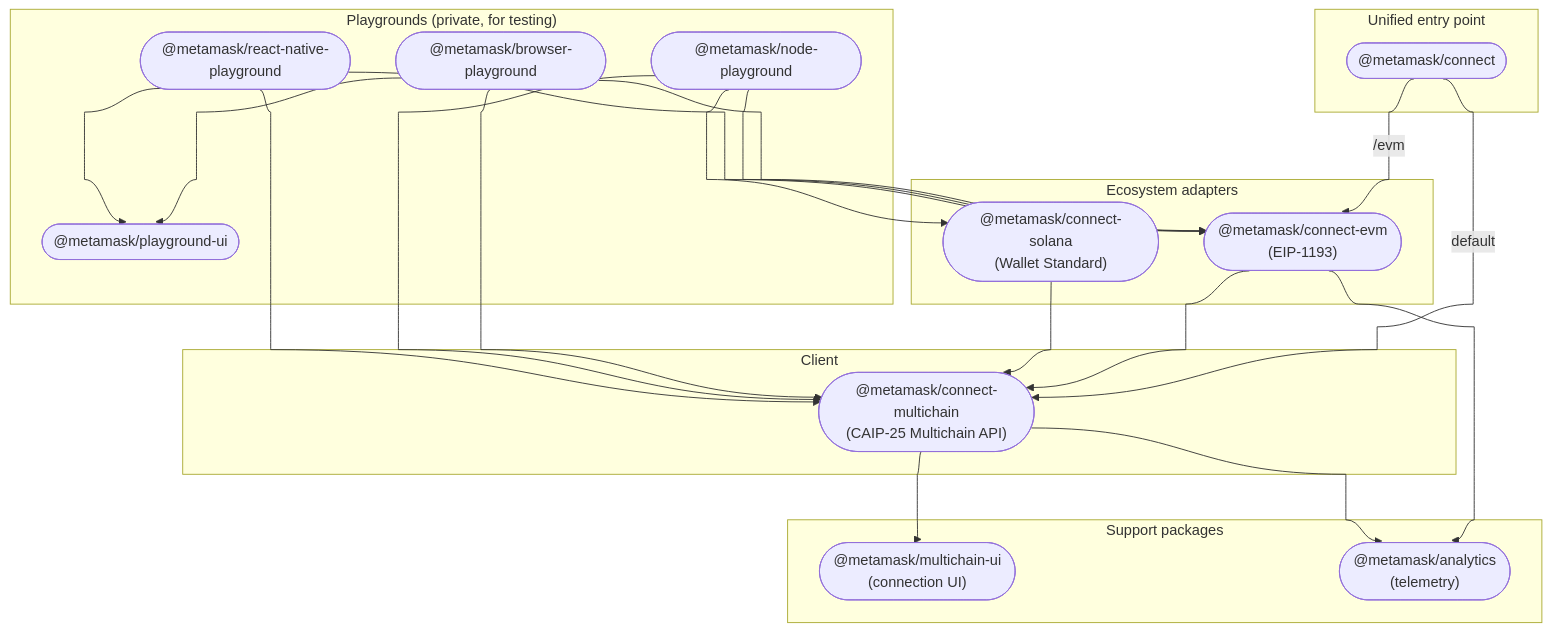
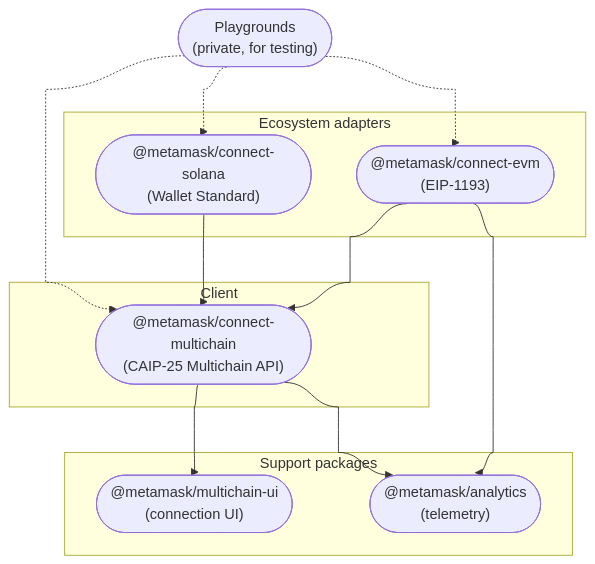
The first of 2 diagrams in docs/architecture.md (MetaMask/connect-monorepo), drawn with Mermaid before and after one commit.

Commit message:
chore: simplify the package topology diagram
The playground area was hard to follow (4 nodes, 9 crossing edges). Collapse
the playgrounds into a single node with three dashed "consumes" edges, drop
the @metamask/connect entry-point node, and rename the Client subgraph. The
per-playground dependencies aren't architecturally important and the
playground packages are still listed in the root README.

````diff
--- a/docs/architecture.md
+++ b/docs/architecture.md
@@ -14,42 +14,26 @@
 ```mermaid
 %%{ init: { 'flowchart': { 'curve': 'bumpX' } } }%%
 graph TD;
-  subgraph Unified["Unified entry point"]
-    connect(["@metamask/connect"]);
-  end
   subgraph Adapters["Ecosystem adapters"]
     connect_evm(["@metamask/connect-evm<br/>(EIP-1193)"]);
     connect_solana(["@metamask/connect-solana<br/>(Wallet Standard)"]);
   end
-  subgraph Core["Client"]
+  subgraph Client["Client"]
     connect_multichain(["@metamask/connect-multichain<br/>(CAIP-25 Multichain API)"]);
   end
   subgraph Support["Support packages"]
     multichain_ui(["@metamask/multichain-ui<br/>(connection UI)"]);
     analytics(["@metamask/analytics<br/>(telemetry)"]);
   end
-  subgraph Playgrounds["Playgrounds (private, for testing)"]
-    browser_playground(["@metamask/browser-playground"]);
-    node_playground(["@metamask/node-playground"]);
-    react_native_playground(["@metamask/react-native-playground"]);
-    playground_ui(["@metamask/playground-ui"]);
-  end
 
-  connect -->|default| connect_multichain;
-  connect -->|/evm| connect_evm;
   connect_evm --> connect_multichain;
   connect_solana --> connect_multichain;
   connect_evm --> analytics;
   connect_multichain --> analytics;
   connect_multichain --> multichain_ui;
 
-  browser_playground --> connect_evm;
-  browser_playground --> connect_multichain;
-  browser_playground --> playground_ui;
-  node_playground --> connect_evm;
-  node_playground --> connect_multichain;
-  node_playground --> connect_solana;
-  react_native_playground --> connect_evm;
-  react_native_playground --> connect_multichain;
-  react_native_playground --> playground_ui;
+  playgrounds(["Playgrounds<br/>(private, for testing)"]);
+  playgrounds -.-> connect_evm;
+  playgrounds -.-> connect_solana;
+  playgrounds -.-> connect_multichain;
 ```
````
